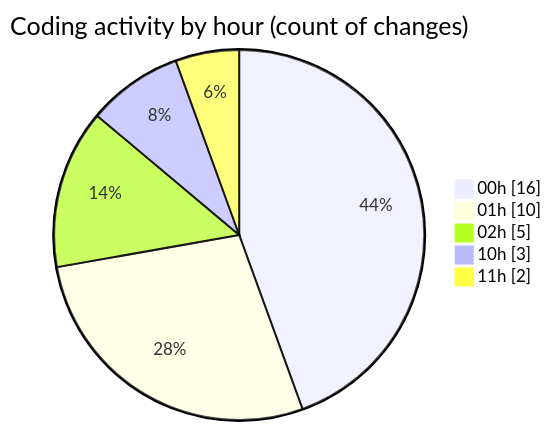
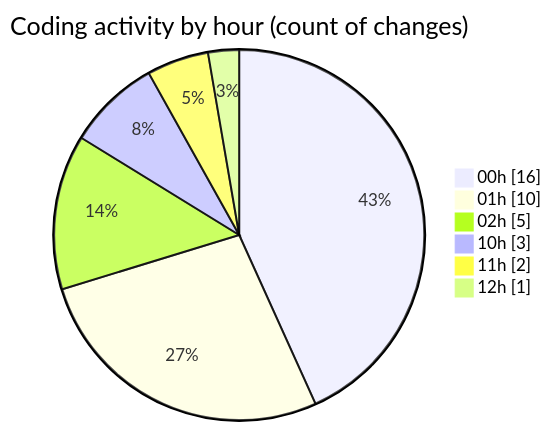
Before and after one commit to donsfak/code-tracking: the second of 2 diagrams in 2025-11-01/weather_insights_app/README.md, drawn with Mermaid. The commit also changed other lines of this file and 1 other file, not shown here.

````diff
--- a/2025-11-01/weather_insights_app/README.md
+++ b/2025-11-01/weather_insights_app/README.md
@@ -40,9 +40,10 @@
 ```mermaid
 pie showData
 title Coding activity by hour (count of changes)
 "00h" : 16
 "01h" : 10
 "02h" : 5
 "10h" : 3
 "11h" : 2
+"12h" : 1
 ```
````
